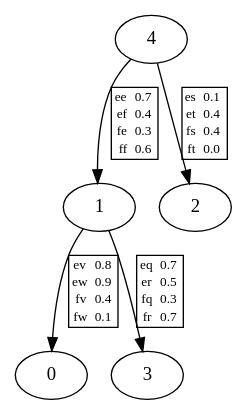
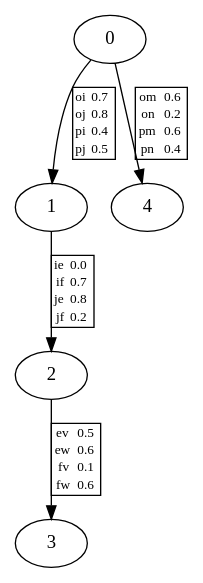
Before and after one commit to peterdeka/SoftMatching: the diagram in Mgraph.gv, drawn with Graphviz. The commit also changed 9 other files, not shown here.

```diff
--- a/Mgraph.gv
+++ b/Mgraph.gv
@@ -1,5 +1,5 @@
-digraph {0;1;1 -> 0 [label=<<FONT POINT-SIZE="10"><TABLE CELLBORDER="0" CELLPADDING="1" CELLSPACING="0"><TR><TD>ev</TD><TD>0.8</TD></TR><TR><TD>ew</TD><TD>0.9</TD></TR><TR><TD>fv</TD><TD>0.4</TD></TR><TR><TD>fw</TD><TD>0.1</TD></TR></TABLE></FONT>>];
-1 -> 3 [label=<<FONT POINT-SIZE="10"><TABLE CELLBORDER="0" CELLPADDING="1" CELLSPACING="0"><TR><TD>eq</TD><TD>0.7</TD></TR><TR><TD>er</TD><TD>0.5</TD></TR><TR><TD>fq</TD><TD>0.3</TD></TR><TR><TD>fr</TD><TD>0.7</TD></TR></TABLE></FONT>>];
-2;3;4;4 -> 1 [label=<<FONT POINT-SIZE="10"><TABLE CELLBORDER="0" CELLPADDING="1" CELLSPACING="0"><TR><TD>ee</TD><TD>0.7</TD></TR><TR><TD>ef</TD><TD>0.4</TD></TR><TR><TD>fe</TD><TD>0.3</TD></TR><TR><TD>ff</TD><TD>0.6</TD></TR></TABLE></FONT>>];
-4 -> 2 [label=<<FONT POINT-SIZE="10"><TABLE CELLBORDER="0" CELLPADDING="1" CELLSPACING="0"><TR><TD>es</TD><TD>0.1</TD></TR><TR><TD>et</TD><TD>0.4</TD></TR><TR><TD>fs</TD><TD>0.4</TD></TR><TR><TD>ft</TD><TD>0.0</TD></TR></TABLE></FONT>>];
-}
+digraph {0;0 -> 1 [label=<<FONT POINT-SIZE="10"><TABLE CELLBORDER="0" CELLPADDING="1" CELLSPACING="0"><TR><TD>oi</TD><TD>0.7</TD></TR><TR><TD>oj</TD><TD>0.8</TD></TR><TR><TD>pi</TD><TD>0.4</TD></TR><TR><TD>pj</TD><TD>0.5</TD></TR></TABLE></FONT>>];
+0 -> 4 [label=<<FONT POINT-SIZE="10"><TABLE CELLBORDER="0" CELLPADDING="1" CELLSPACING="0"><TR><TD>om</TD><TD>0.6</TD></TR><TR><TD>on</TD><TD>0.2</TD></TR><TR><TD>pm</TD><TD>0.6</TD></TR><TR><TD>pn</TD><TD>0.4</TD></TR></TABLE></FONT>>];
+1;1 -> 2 [label=<<FONT POINT-SIZE="10"><TABLE CELLBORDER="0" CELLPADDING="1" CELLSPACING="0"><TR><TD>ie</TD><TD>0.0</TD></TR><TR><TD>if</TD><TD>0.7</TD></TR><TR><TD>je</TD><TD>0.8</TD></TR><TR><TD>jf</TD><TD>0.2</TD></TR></TABLE></FONT>>];
+2;2 -> 3 [label=<<FONT POINT-SIZE="10"><TABLE CELLBORDER="0" CELLPADDING="1" CELLSPACING="0"><TR><TD>ev</TD><TD>0.5</TD></TR><TR><TD>ew</TD><TD>0.6</TD></TR><TR><TD>fv</TD><TD>0.1</TD></TR><TR><TD>fw</TD><TD>0.6</TD></TR></TABLE></FONT>>];
+3;4;}
```
